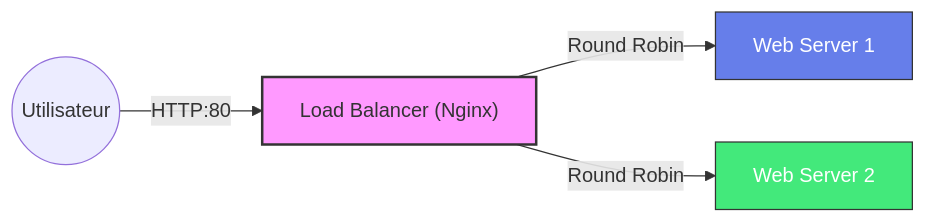
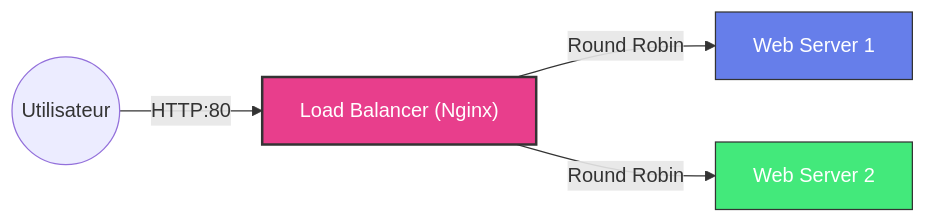
The diagram in README.md (Potowai/ansible-loadbalancer-project), drawn with Mermaid before and after one commit. The commit also changed other lines of this file, not shown here.

Commit message:
Style: Remove badges, improve diagram contrast

````diff
--- a/README.md
+++ b/README.md
@@ -13,10 +9,10 @@
 ```mermaid
 graph LR
     User((Utilisateur)) -->|HTTP:80| LB["Load Balancer (Nginx)"]
     LB -->|Round Robin| App1["Web Server 1"]
     LB -->|Round Robin| App2["Web Server 2"]
     
-    style LB fill:#f9f,stroke:#333,stroke-width:2px
+    style LB fill:#e83e8c,stroke:#333,stroke-width:2px,color:white
     style App1 fill:#667eea,stroke:#333,color:white
     style App2 fill:#43e97b,stroke:#333,color:white
 ```
````
